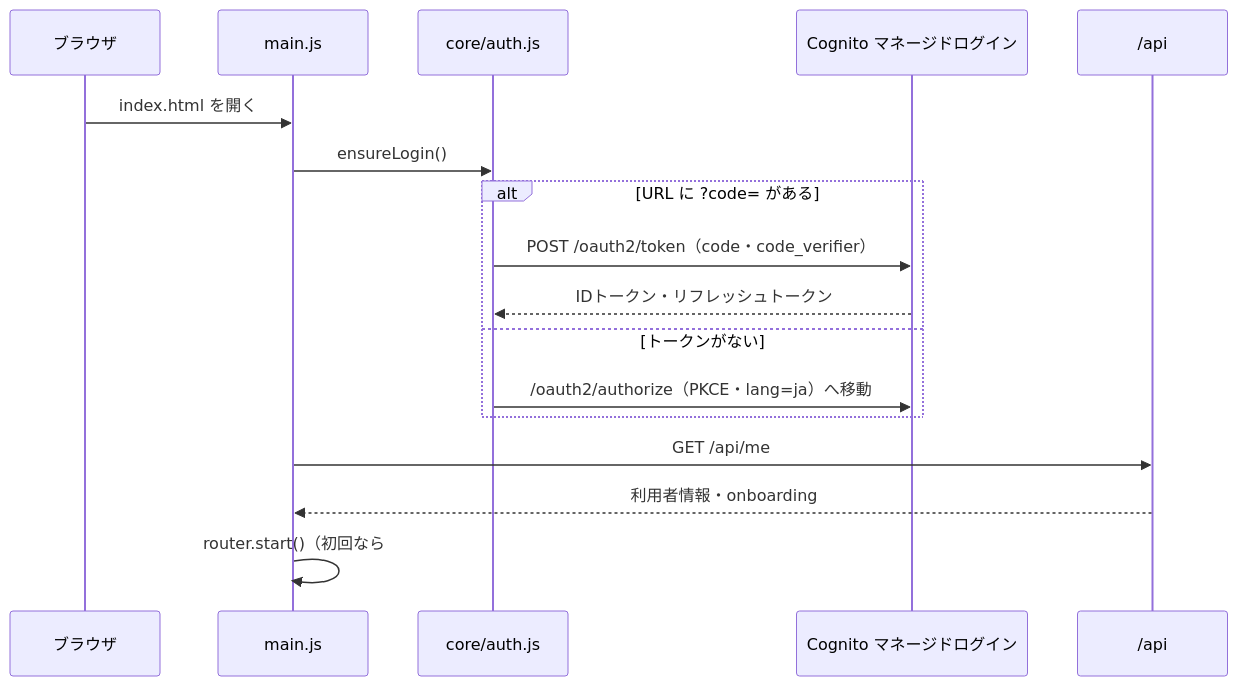
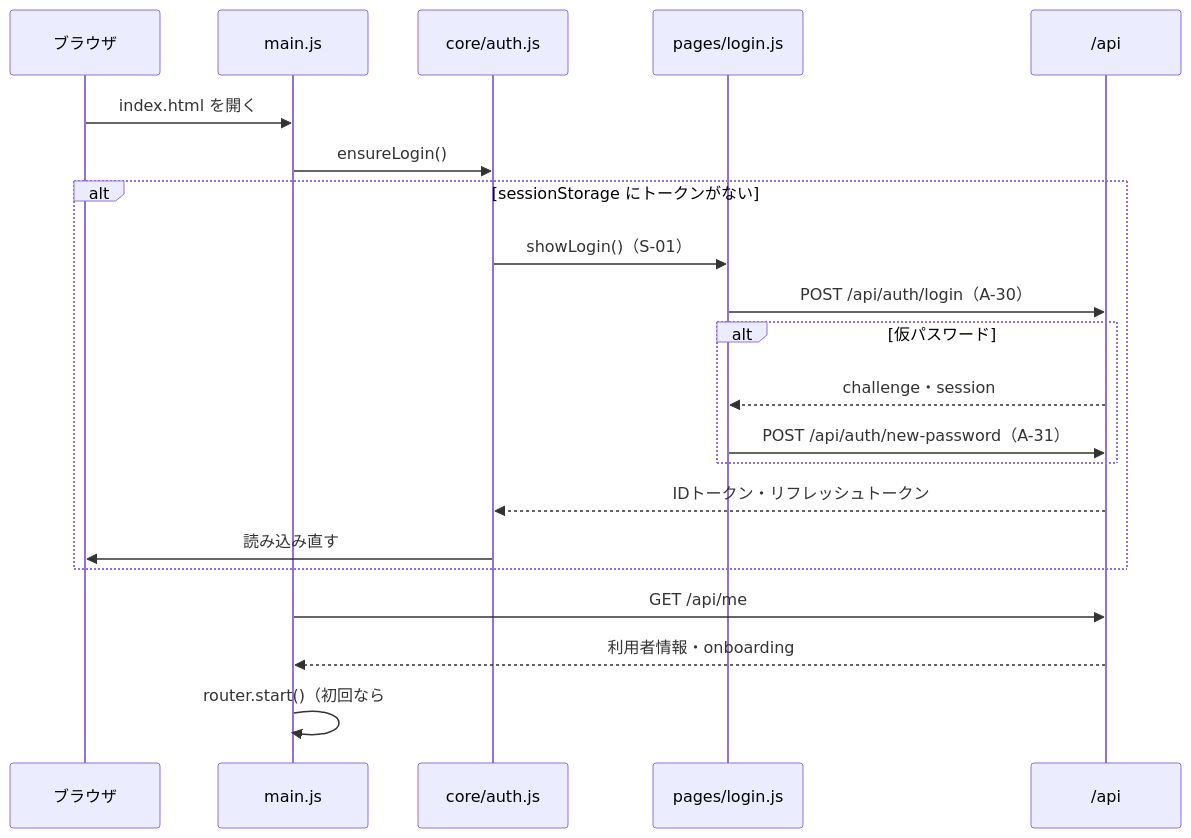
One commit to pocarialice/rpglearning changed the fifth of 7 diagrams in documents/詳細設計書_RPG学習アプリ.md. Above: the diagram before and after it, drawn with Mermaid. The commit also changed other lines of this file and 3 other files, not shown here.

````diff
--- a/documents/詳細設計書_RPG学習アプリ.md
+++ b/documents/詳細設計書_RPG学習アプリ.md
@@ -892,19 +1004,23 @@
 ```mermaid
 sequenceDiagram
   participant B as ブラウザ
   participant M as main.js
   participant AU as core/auth.js
-  participant CG as Cognito マネージドログイン
+  participant L as pages/login.js
   participant API as /api
   B->>M: index.html を開く
   M->>AU: ensureLogin()
-  alt URL に ?code= がある
-    AU->>CG: POST /oauth2/token（code・code_verifier）
-    CG-->>AU: IDトークン・リフレッシュトークン
-  else トークンがない
-    AU->>CG: /oauth2/authorize（PKCE・lang=ja）へ移動
+  alt sessionStorage にトークンがない
+    AU->>L: showLogin()（S-01）
+    L->>API: POST /api/auth/login（A-30）
+    alt 仮パスワード
+      API-->>L: challenge・session
+      L->>API: POST /api/auth/new-password（A-31）
+    end
+    API-->>AU: IDトークン・リフレッシュトークン
+    AU->>B: 読み込み直す
   end
   M->>API: GET /api/me
   API-->>M: 利用者情報・onboarding
   M->>M: router.start()（初回なら #/onboarding）
 ```
````
